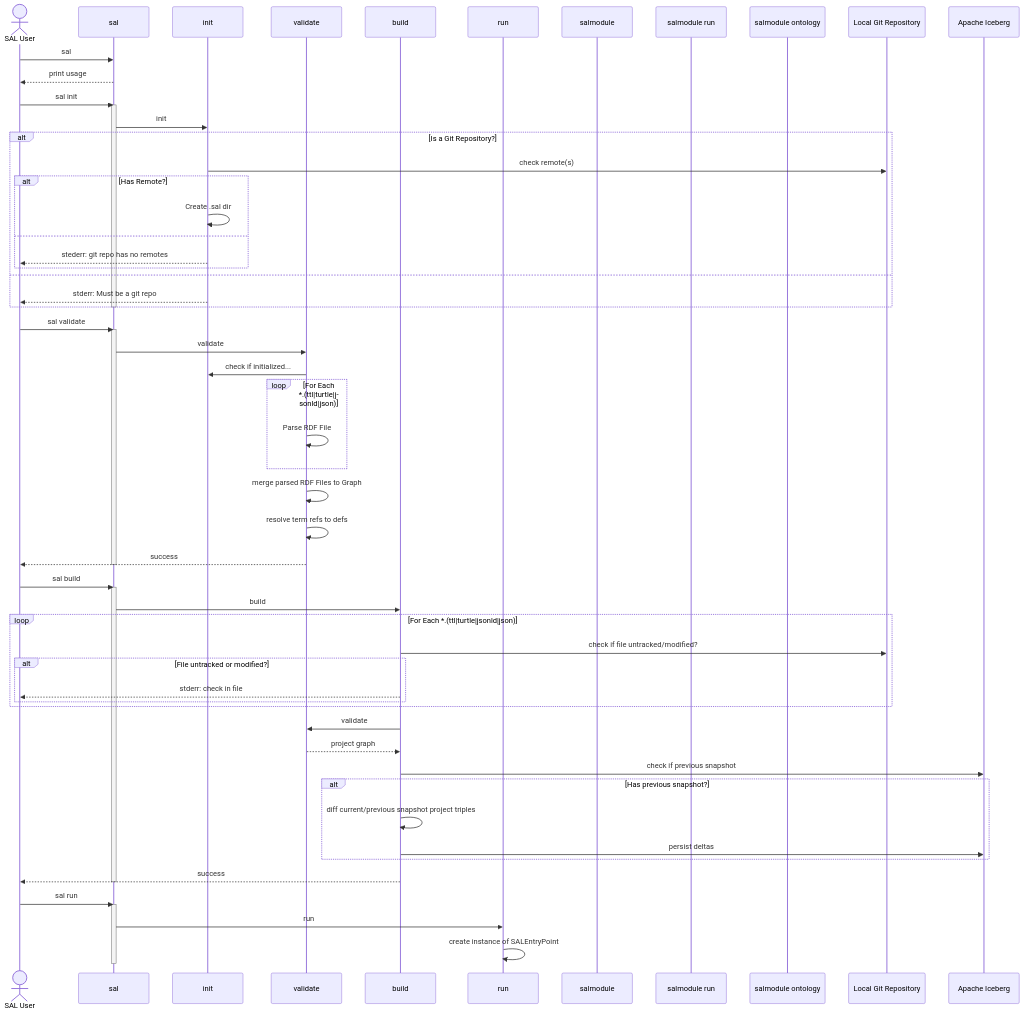
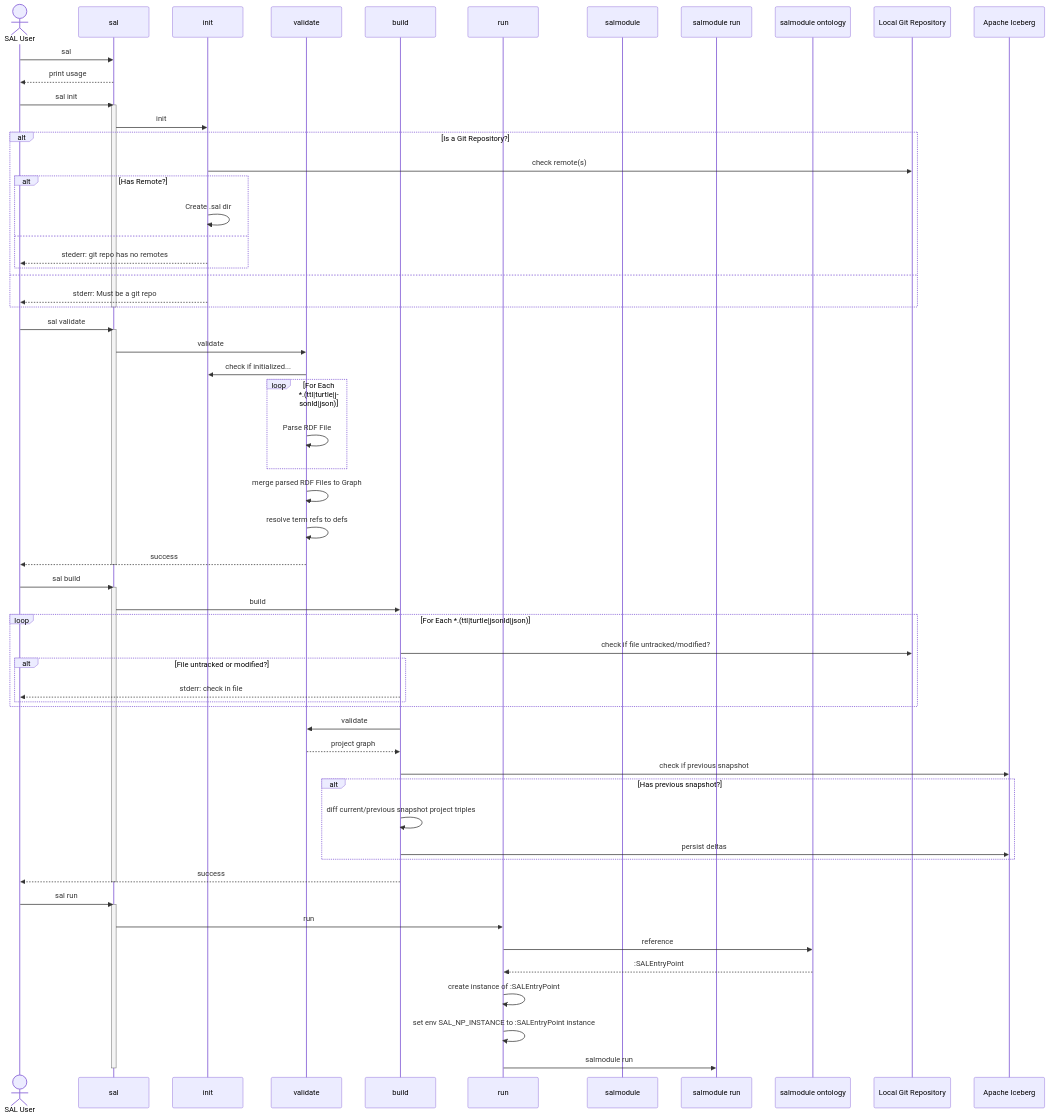
Before and after one commit to adplincinst/mermaid-diagrams: the diagram in sal-cmd-activitydiagram/README.md, drawn with Mermaid.

Commit message:
added more for sal run diagramming

````diff
--- a/sal-cmd-activitydiagram/README.md
+++ b/sal-cmd-activitydiagram/README.md
@@ -9,73 +9,78 @@
 ```mermaid
 sequenceDiagram
 
 actor salUser as SAL User
 participant salCli as sal
 participant initSubCmd as init
 participant validateSubCmd as validate
 participant buildSubCmd as build
 participant runSubCmd as run
 participant salmoduleSubCmd as salmodule
 participant salmoduleRunSubCmd as salmodule run
 participant salmoduleOntologySubCmd as salmodule ontology
 participant localGitRepo as Local Git Repository
 participant iceberg as Apache Iceberg 
 salUser->>salCli: sal
 salCli-->>salUser: print usage 
 
 salUser->>salCli: sal init
 activate salCli
 salCli->>initSubCmd: init
 alt Is a Git Repository?
   initSubCmd->>localGitRepo: check remote(s)  
   alt Has Remote?
     
     initSubCmd->>initSubCmd: Create .sal dir   
   else
     initSubCmd-->>salUser: stederr: git repo has no remotes
   end
 else
    initSubCmd-->>salUser: stderr: Must be a git repo
 end
 deactivate salCli
 
 salUser->>salCli: sal validate
 activate salCli
 salCli->>validateSubCmd: validate
 validateSubCmd->>initSubCmd: check if initialized...
 loop For Each *.(ttl|turtle|jsonld|json)
   validateSubCmd->>validateSubCmd: Parse RDF File
 end
 validateSubCmd->>validateSubCmd: merge parsed RDF Files to Graph
 validateSubCmd->>validateSubCmd: resolve term refs to defs
 validateSubCmd-->>salUser: success
 deactivate salCli
 
 salUser->>salCli: sal build
 activate salCli
 salCli->>buildSubCmd: build
 loop For Each *.(ttl|turtle|jsonld|json)
     buildSubCmd->>localGitRepo: check if file untracked/modified? 
     alt File untracked or modified?
         buildSubCmd-->>salUser: stderr: check in file
 
     end
 end
 buildSubCmd->>validateSubCmd: validate
 validateSubCmd-->>buildSubCmd: project graph
 buildSubCmd->>iceberg: check if previous snapshot
 alt Has previous snapshot?
    buildSubCmd->>buildSubCmd: diff current/previous snapshot project triples
    buildSubCmd->>iceberg: persist deltas
 end
 buildSubCmd-->>salUser: success
 deactivate salCli
 
 
 salUser->>salCli: sal run
 activate salCli
 salCli->>runSubCmd: run
-runSubCmd->>runSubCmd: create instance of SALEntryPoint
+runSubCmd->>salmoduleOntologySubCmd: reference
+salmoduleOntologySubCmd-->>runSubCmd: :SALEntryPoint
+runSubCmd->>runSubCmd: create instance of :SALEntryPoint
+runSubCmd->>runSubCmd: set env SAL_NP_INSTANCE to :SALEntryPoint instance
+runSubCmd->>salmoduleRunSubCmd: salmodule run 
+
 deactivate salCli
 
 ```
````
